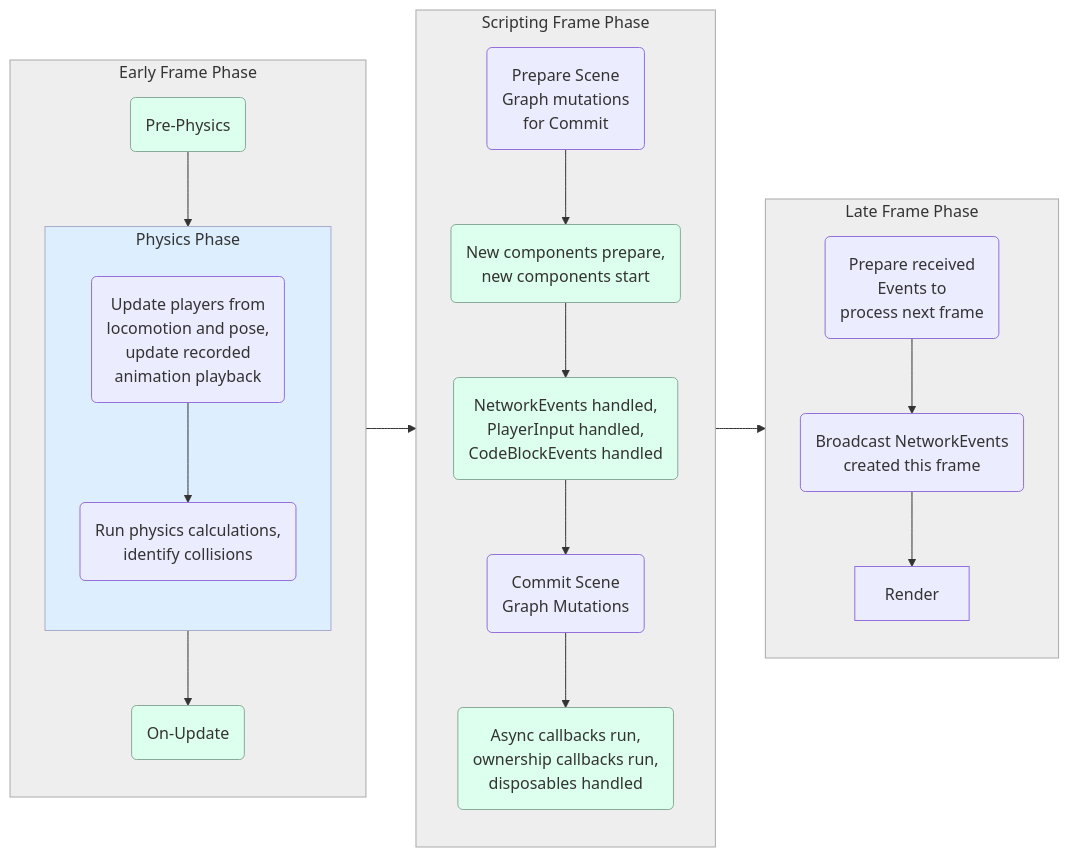
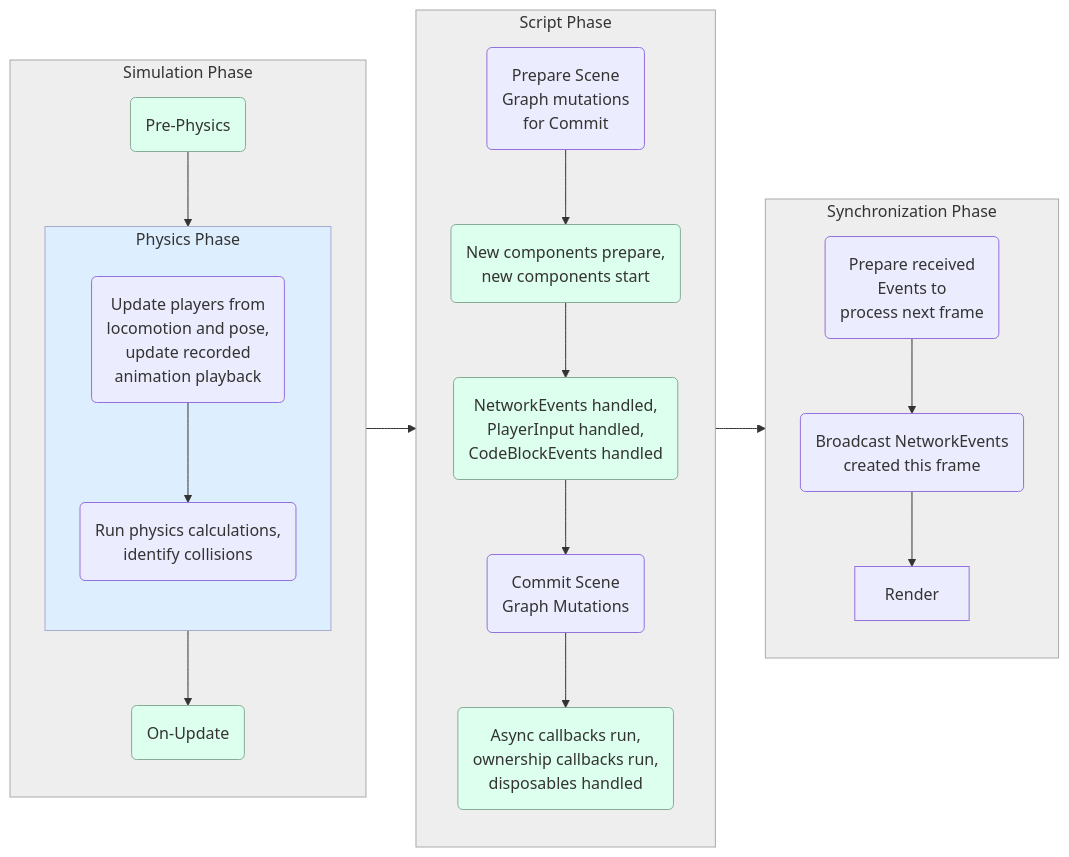
The eighth of 13 diagrams in HorizonTechnicalDoc.md (MHCPCreators/horizonCreatorManual), drawn with Mermaid before and after one commit. The commit also changed other lines of this file, not shown here.

````diff
--- a/HorizonTechnicalDoc.md
+++ b/HorizonTechnicalDoc.md
@@ -3441,32 +3508,32 @@
 ```mermaid {align="center"}
 flowchart LR
-  subgraph Early [Early Frame Phase]
+  subgraph Early [Simulation Phase]
     Pre-Physics(Pre-Physics) --> Physics --> On-Update(On-Update)
   end
 
   subgraph Physics [Physics Phase]
     locomotion(Update players from<br/>locomotion and pose,<br/>update recorded<br/>animation playback) --> physicsStep(Run physics calculations,<br/>identify collisions)
   end
 
-  subgraph Scripting [Scripting Frame Phase]
+  subgraph Scripting [Script Phase]
     PrepareMutations(Prepare Scene<br/>Graph mutations<br>for Commit) --> Components(New components prepare,<br/>new components start)  --> Events(NetworkEvents handled,<br/>PlayerInput handled,<br/>CodeBlockEvents handled) --> mutations(Commit Scene <br/>Graph Mutations) --> Async(Async callbacks run,<br/>ownership callbacks run,</br>disposables handled)
   end
 
-  subgraph Late [Late Frame Phase]
+  subgraph Late [Synchronization Phase]
     receive(Prepare received<br/>Events to</br>process next frame) --> broadcast(Broadcast NetworkEvents<br/>created this frame) --> Render@{shape:pill}
   end
 
   Early --> Scripting --> Late
 
   style Physics fill:#def,stroke:#aac
 
   style Scripting fill:#eee,stroke:#aaa
   style Early fill:#eee,stroke:#aaa
   style Late fill:#eee,stroke:#aaa
 
   style Async fill:#dfe,stroke:#8a9
   style Pre-Physics fill:#dfe,stroke:#8a9
   style On-Update fill:#dfe,stroke:#8a9
   style Events fill:#dfe,stroke:#8a9
   style Components fill:#dfe,stroke:#8a9
 ```
````
